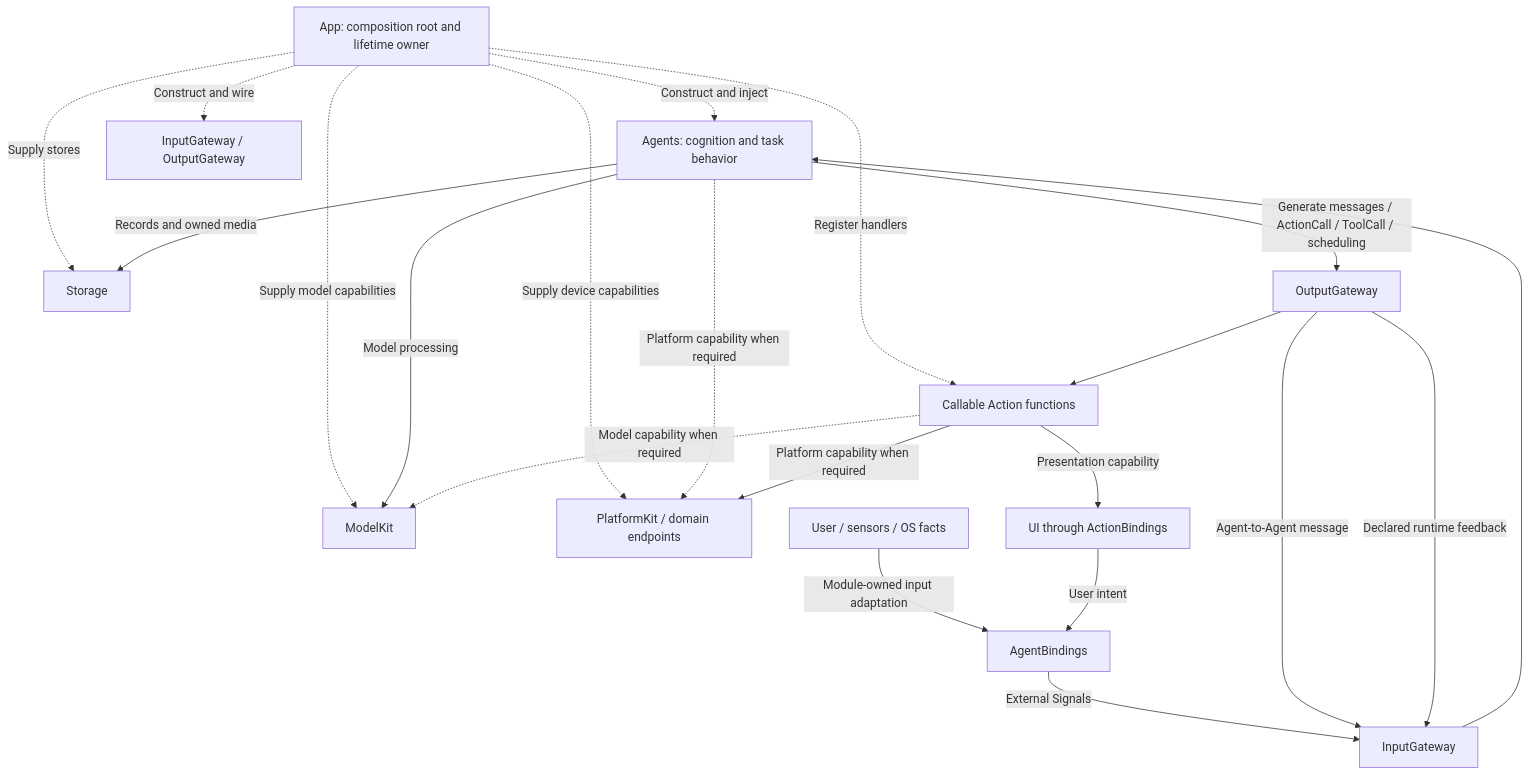
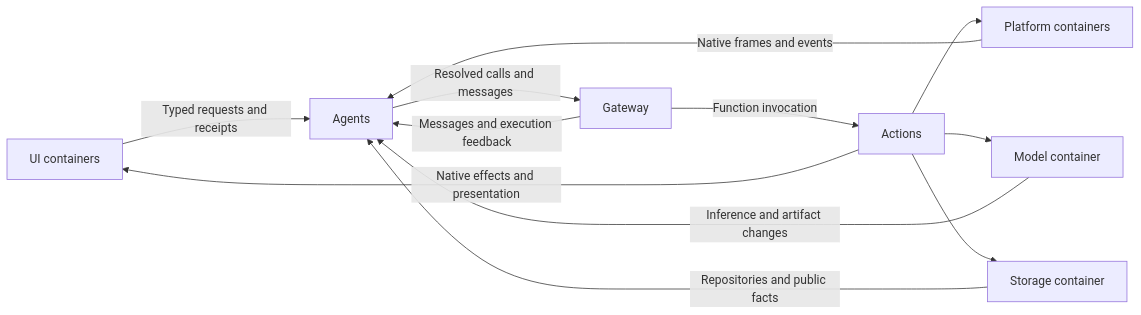
Before and after one commit to devilyouwei/MobileHarness: the diagram in MobileHarness/README.md, drawn with Mermaid. The commit also changed other lines of this file and 483 other files, not shown here.

First line of the commit message:
Refactor direct container inputs and organize Actions and Agents

````diff
--- a/MobileHarness/README.md
+++ b/MobileHarness/README.md
@@ -105,25 +13,14 @@
 ```mermaid
-flowchart TB
-    App[App: composition root and lifetime owner]
-    App -.->|Construct and inject| Agents[Agents: cognition and task behavior]
-    App -.->|Construct and wire| Gateway[InputGateway / OutputGateway]
-    App -.->|Register handlers| Behavior[Callable Action functions]
-    App -.->|Supply model capabilities| ModelKit
-    App -.->|Supply stores| Storage
-    App -.->|Supply device capabilities| Platform
-
-    External[User / sensors / OS facts] -->|Module-owned input adaptation| Bindings[AgentBindings]
-    Bindings -->|External Signals| Input[InputGateway]
-    Input --> Agents
-    Agents -->|Model processing| ModelKit
-    Agents -.->|Platform capability when required| Platform
-    Agents -->|Records and owned media| Storage
-    Agents -->|Generate messages / ActionCall / ToolCall / scheduling| Output[OutputGateway]
-    Output -->|Agent-to-Agent message| Input
-    Output --> Behavior
-    Behavior -->|Presentation capability| UI[UI through ActionBindings]
-    UI -->|User intent| Bindings
-    Behavior -.->|Model capability when required| ModelKit
-    Behavior -->|Platform capability when required| Platform[PlatformKit / domain endpoints]
-    Output -->|Declared runtime feedback| Input
+flowchart LR
+ UI[UI containers] -->|Typed requests and receipts| Agents
+ Platform[Platform containers] -->|Native frames and events| Agents
+ Model[Model container] -->|Inference and artifact changes| Agents
+ Storage[Storage container] -->|Repositories and public facts| Agents
+ Agents -->|Resolved calls and messages| Gateway
+ Gateway -->|Function invocation| Actions
+ Actions -->|Native effects and presentation| UI
+ Actions --> Platform
+ Actions --> Model
+ Actions --> Storage
+ Gateway -->|Messages and execution feedback| Agents
 ```
````
